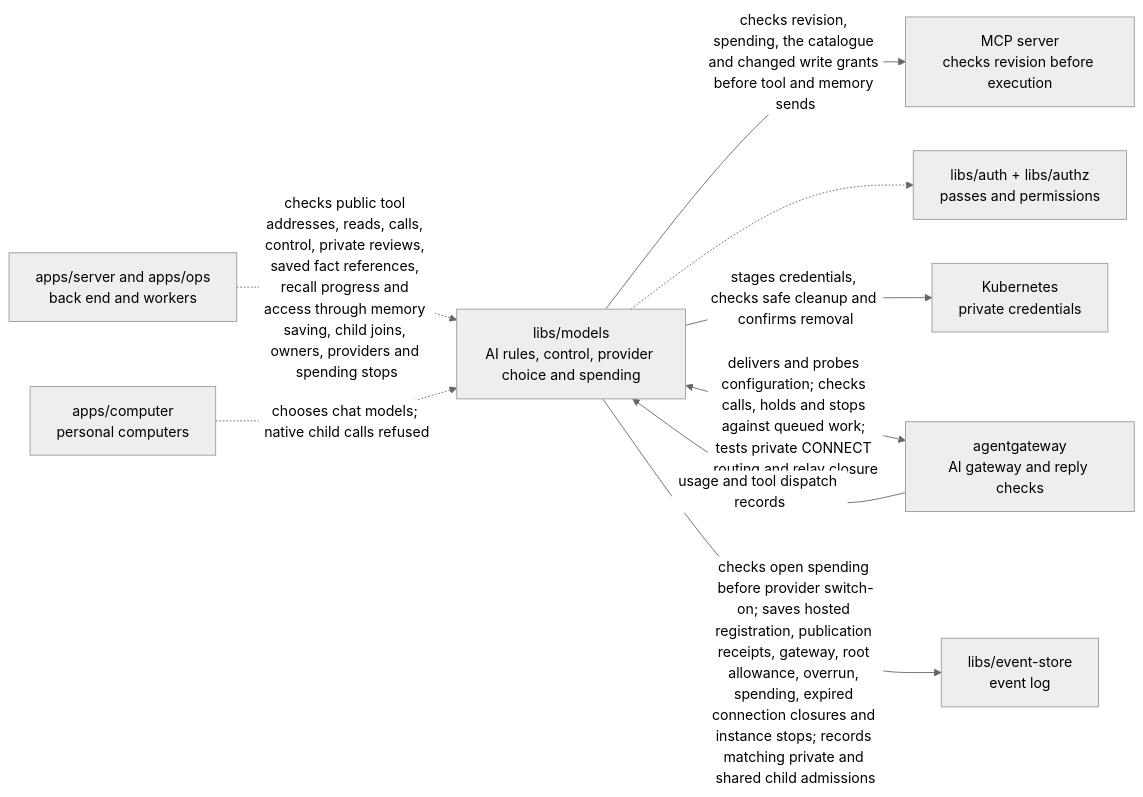
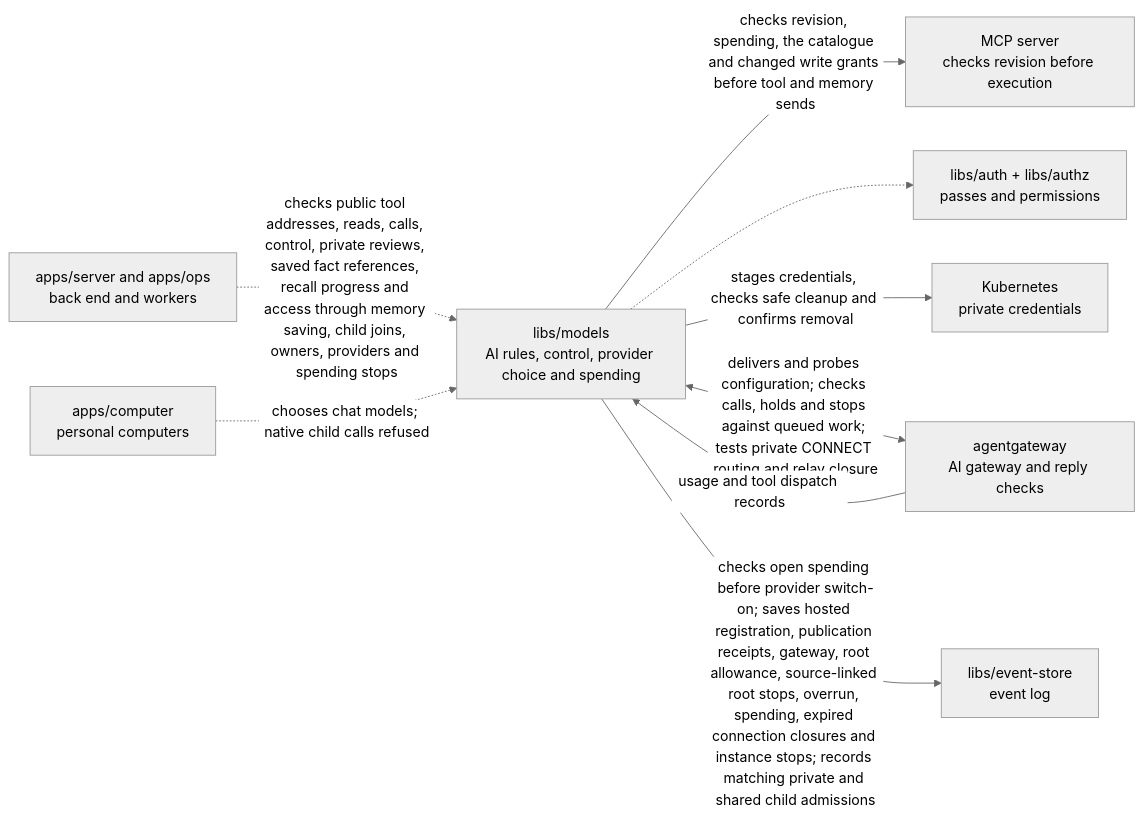
The diagram in libs/models/README.md (elewa-git/opencrane-new), drawn with Mermaid (neutral theme) before and after one commit. The commit also changed other lines of this file and 11 other files, not shown here.

First line of the commit message:
🛑 A child chat’s root stops for good when its requester stops it, its turn ends or their access is revoked, and each stop names its cause (#422)

````diff
--- a/libs/models/README.md
+++ b/libs/models/README.md
@@ -14,11 +14,11 @@
 ```mermaid
 flowchart LR
   server["apps/server and apps/ops<br/>back end and workers"] -.->|checks public tool addresses, reads, calls, control, private reviews, saved fact references, recall progress and access through memory saving, child joins, owners, providers and spending stops| models["libs/models<br/>AI rules, control, provider choice and spending"]
   models -->|checks revision, spending, the catalogue and changed write grants before tool and memory sends| mcp["MCP server<br/>checks revision before execution"]
   computer["apps/computer<br/>personal computers"] -.->|chooses chat models; native child calls refused| models
   models -.-> auth["libs/auth + libs/authz<br/>passes and permissions"]
   models -->|stages credentials, checks safe cleanup and confirms removal| custody["Kubernetes<br/>private credentials"]
   models <-->|delivers and probes configuration; checks calls, holds and stops against queued work; tests private CONNECT routing and relay closure| gateway["agentgateway<br/>AI gateway and reply checks"]
   gateway -->|usage and tool dispatch records| models
-  models -->|checks open spending before provider switch-on; saves hosted registration, publication receipts, gateway, root allowance, overrun, spending, expired connection closures and instance stops; records matching private and shared child admissions| store["libs/event-store<br/>event log"]
+  models -->|checks open spending before provider switch-on; saves hosted registration, publication receipts, gateway, root allowance, source-linked root stops, overrun, spending, expired connection closures and instance stops; records matching private and shared child admissions| store["libs/event-store<br/>event log"]
 ```
````
